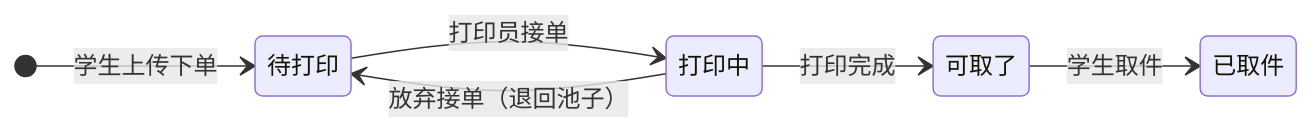
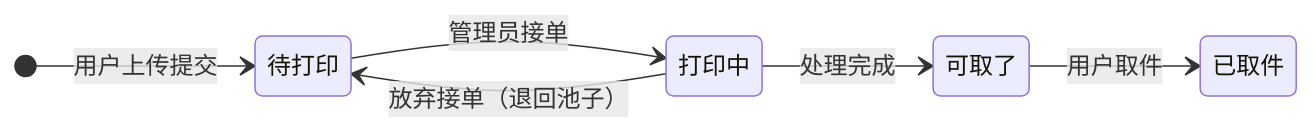
The second of 4 diagrams in README.md (qcmb825/print-of-dorm), drawn with Mermaid before and after one commit. The commit also changed other lines of this file, not shown here.

````diff
--- a/README.md
+++ b/README.md
@@ -238,14 +233,14 @@
 ```mermaid
 stateDiagram-v2
     direction LR
     state "待打印" as P
     state "打印中" as G
     state "可取了" as R
     state "已取件" as D
 
-    [*] --> P: 学生上传下单
-    P --> G: 打印员接单
-    G --> R: 打印完成
-    R --> D: 学生取件
+    [*] --> P: 用户上传提交
+    P --> G: 管理员接单
+    G --> R: 处理完成
+    R --> D: 用户取件
     G --> P: 放弃接单（退回池子）
 ```
````
